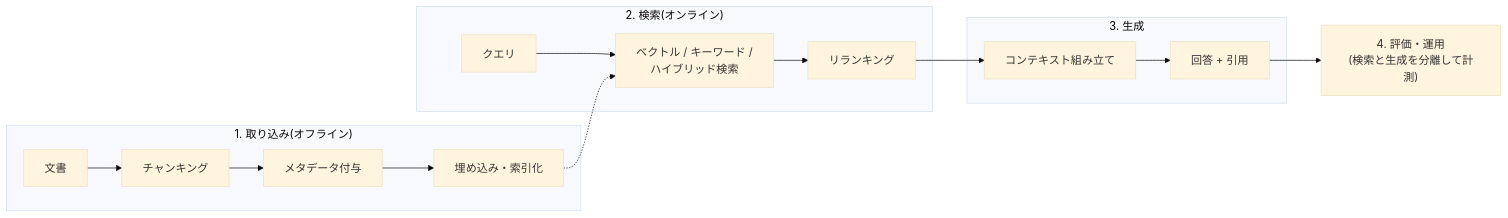
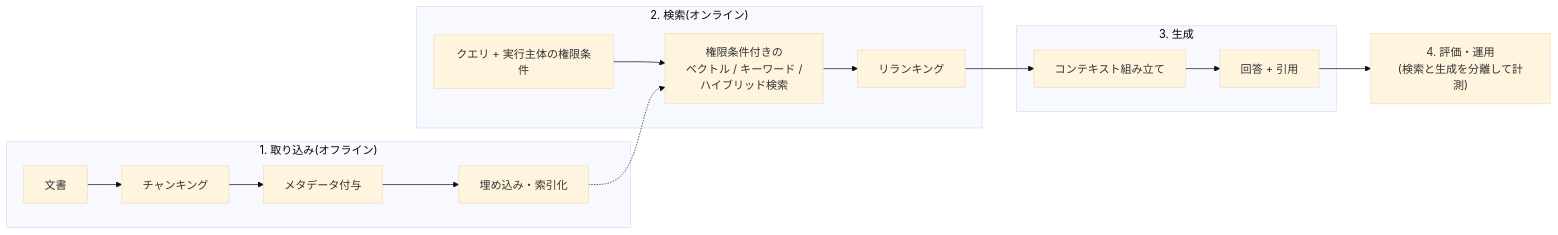
One commit to pero3dev/ai-agent-library changed the diagram in docs/03-implementation/rag-implementation-patterns.md. Above: the diagram before and after it, drawn with Mermaid (base theme). The commit also changed other lines of this file and 147 other files, not shown here.

````diff
--- a/docs/03-implementation/rag-implementation-patterns.md
+++ b/docs/03-implementation/rag-implementation-patterns.md
@@ -33,15 +33,15 @@
 ```mermaid
 flowchart LR
     subgraph I["1. 取り込み(オフライン)"]
         D["文書"] --> C["チャンキング"] --> M["メタデータ付与"] --> E["埋め込み・索引化"]
     end
     subgraph R["2. 検索(オンライン)"]
-        Q["クエリ"] --> S["ベクトル / キーワード /<br/>ハイブリッド検索"] --> RR["リランキング"]
+        Q["クエリ + 実行主体の権限条件"] --> S["権限条件付きの<br/>ベクトル / キーワード /<br/>ハイブリッド検索"] --> RR["リランキング"]
     end
     subgraph G["3. 生成"]
         CTX["コンテキスト組み立て"] --> A["回答 + 引用"]
     end
     E -.-> S
     RR --> CTX
     A --> V["4. 評価・運用<br/>(検索と生成を分離して計測)"]
 ```
````
